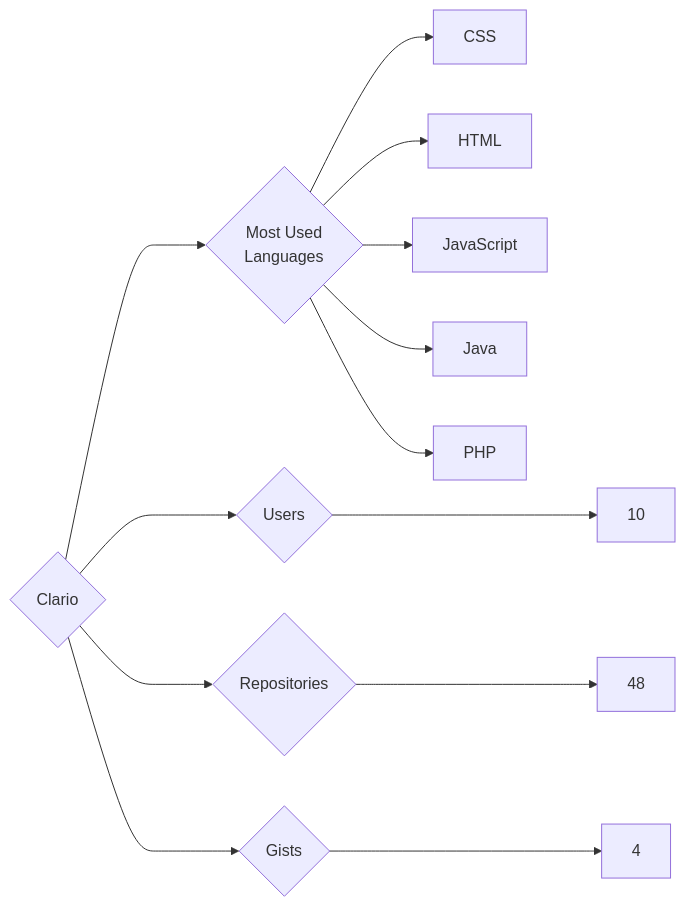
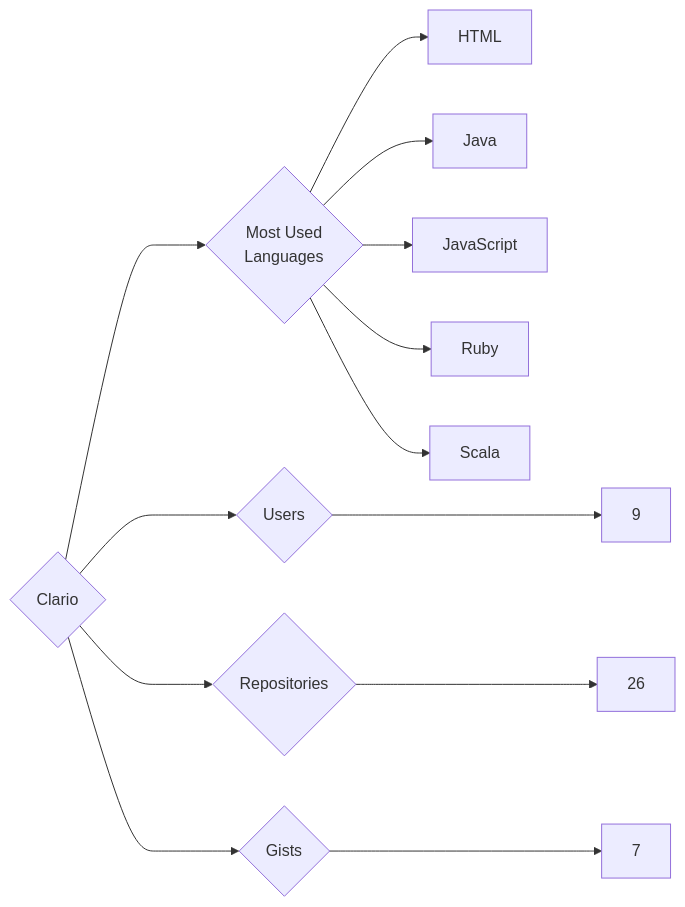
Before and after one commit to trickest/insiders: the diagram in targets/Clario/README.md, drawn with Mermaid. The commit also changed 636 other files, not shown here.

````diff
--- a/targets/Clario/README.md
+++ b/targets/Clario/README.md
@@ -3,13 +3,13 @@
 ```mermaid
 graph LR
 COMPANY_NAME{Clario}
-COMPANY_NAME ---> U{Users} ---> UN[10]
-COMPANY_NAME ---> R{Repositories} ---> RN[48]
-COMPANY_NAME ---> G{Gists} ---> GN[4]
+COMPANY_NAME ---> U{Users} ---> UN[9]
+COMPANY_NAME ---> R{Repositories} ---> RN[26]
+COMPANY_NAME ---> G{Gists} ---> GN[7]
 COMPANY_NAME ---> ML{Most Used<br>Languages}
-ML --> CSS[CSS]
 ML --> HTML[HTML]
+ML --> Java[Java]
 ML --> JavaScript[JavaScript]
-ML --> Java[Java]
-ML --> PHP[PHP]
+ML --> Ruby[Ruby]
+ML --> Scala[Scala]
 ```
````
